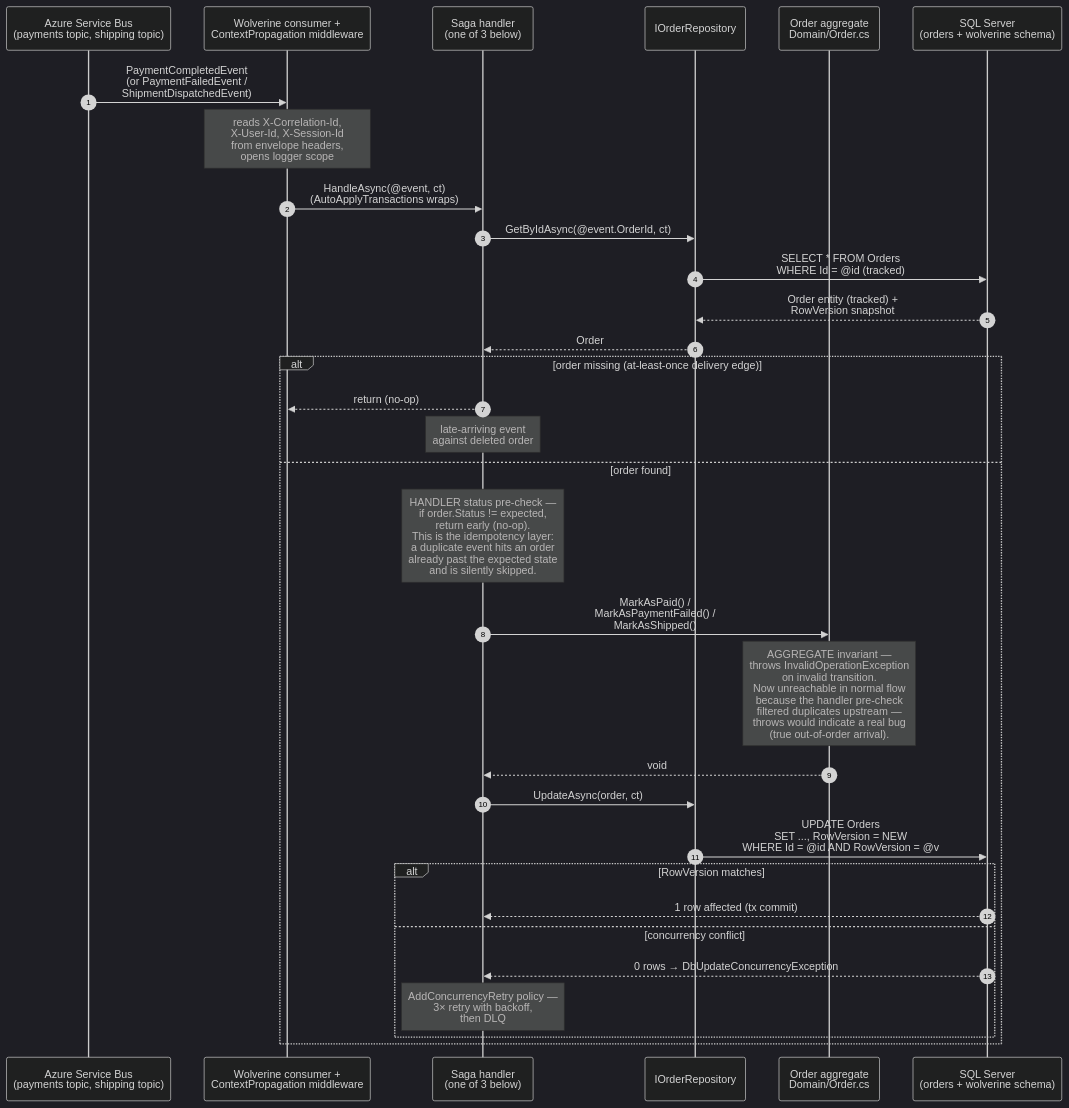
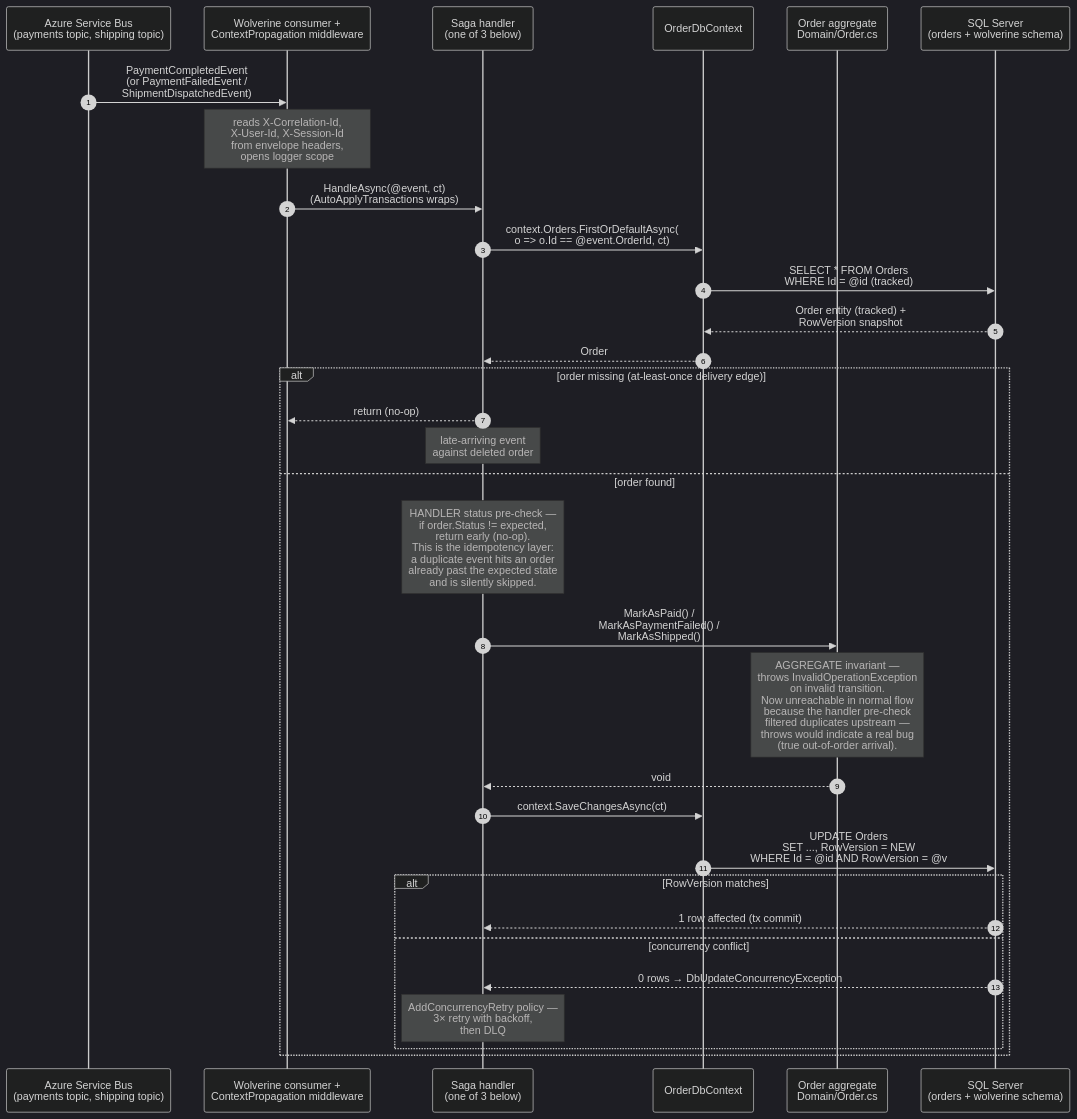
The second of 4 diagrams in docs/code-flows/orderservice.md (emeraldleaf/NextAurora), drawn with Mermaid (dark theme) before and after one commit. The commit also changed other lines of this file, not shown here.

First line of the commit message:
docs(orderservice walkthrough): update for DbContext-direct refactor

````diff
--- a/docs/code-flows/orderservice.md
+++ b/docs/code-flows/orderservice.md
@@ -89,38 +90,38 @@
 ```mermaid
 sequenceDiagram
     autonumber
     participant ASB as Azure Service Bus<br/>(payments topic, shipping topic)
     participant W as Wolverine consumer +<br/>ContextPropagation middleware
     participant H as Saga handler<br/>(one of 3 below)
-    participant Repo as IOrderRepository
+    participant Ctx as OrderDbContext
     participant Agg as Order aggregate<br/>Domain/Order.cs
     participant DB as SQL Server<br/>(orders + wolverine schema)
 
     ASB->>W: PaymentCompletedEvent<br/>(or PaymentFailedEvent /<br/> ShipmentDispatchedEvent)
     Note over W: reads X-Correlation-Id,<br/>X-User-Id, X-Session-Id<br/>from envelope headers,<br/>opens logger scope
     W->>H: HandleAsync(@event, ct)<br/>(AutoApplyTransactions wraps)
 
-    H->>Repo: GetByIdAsync(@event.OrderId, ct)
-    Repo->>DB: SELECT * FROM Orders<br/>WHERE Id = @id (tracked)
-    DB-->>Repo: Order entity (tracked) +<br/>RowVersion snapshot
-    Repo-->>H: Order
+    H->>Ctx: context.Orders.FirstOrDefaultAsync(<br/>  o => o.Id == @event.OrderId, ct)
+    Ctx->>DB: SELECT * FROM Orders<br/>WHERE Id = @id (tracked)
+    DB-->>Ctx: Order entity (tracked) +<br/>RowVersion snapshot
+    Ctx-->>H: Order
 
     alt order missing (at-least-once delivery edge)
         H-->>W: return (no-op)
         Note over H: late-arriving event<br/>against deleted order
     else order found
         Note over H: HANDLER status pre-check —<br/>if order.Status != expected,<br/>return early (no-op).<br/>This is the idempotency layer:<br/>a duplicate event hits an order<br/>already past the expected state<br/>and is silently skipped.
         H->>Agg: MarkAsPaid() /<br/>MarkAsPaymentFailed() /<br/>MarkAsShipped()
         Note over Agg: AGGREGATE invariant —<br/>throws InvalidOperationException<br/>on invalid transition.<br/>Now unreachable in normal flow<br/>because the handler pre-check<br/>filtered duplicates upstream —<br/>throws would indicate a real bug<br/>(true out-of-order arrival).
         Agg-->>H: void
 
-        H->>Repo: UpdateAsync(order, ct)
-        Repo->>DB: UPDATE Orders<br/>SET ..., RowVersion = NEW<br/>WHERE Id = @id AND RowVersion = @v
+        H->>Ctx: context.SaveChangesAsync(ct)
+        Ctx->>DB: UPDATE Orders<br/>SET ..., RowVersion = NEW<br/>WHERE Id = @id AND RowVersion = @v
         alt RowVersion matches
             DB-->>H: 1 row affected (tx commit)
         else concurrency conflict
             DB-->>H: 0 rows → DbUpdateConcurrencyException
             Note over H: AddConcurrencyRetry policy —<br/>3× retry with backoff,<br/>then DLQ
         end
     end
 ```
````
